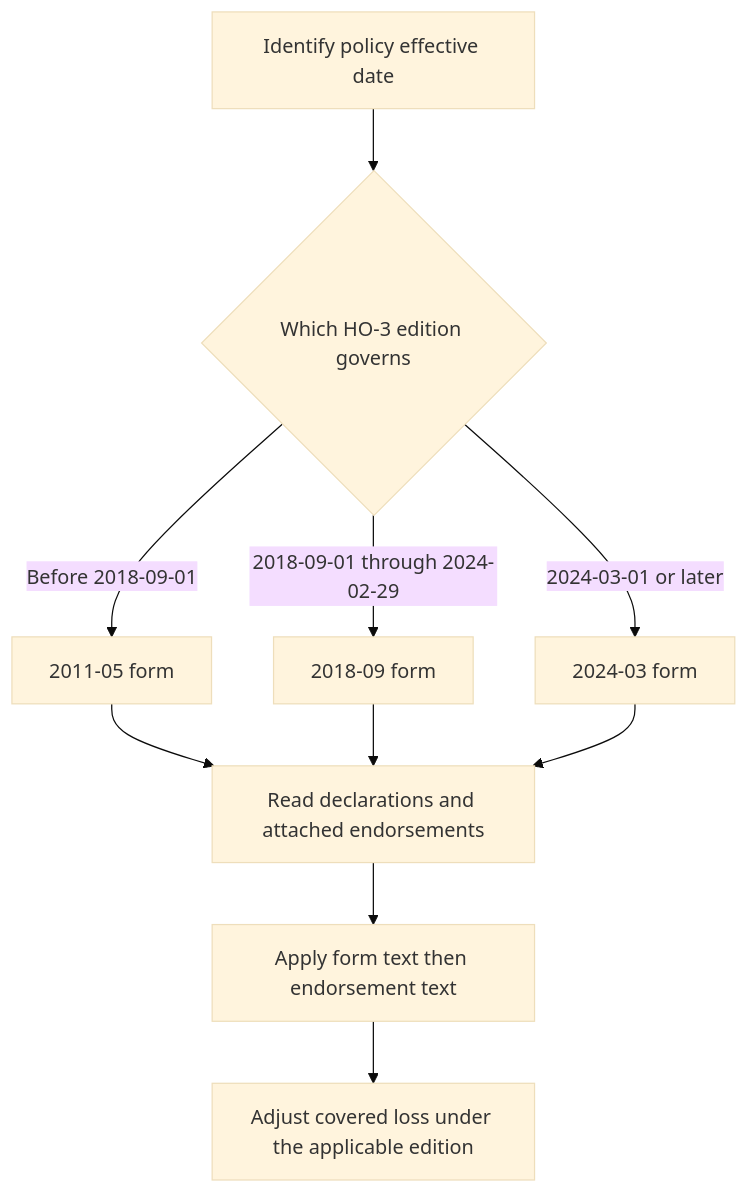
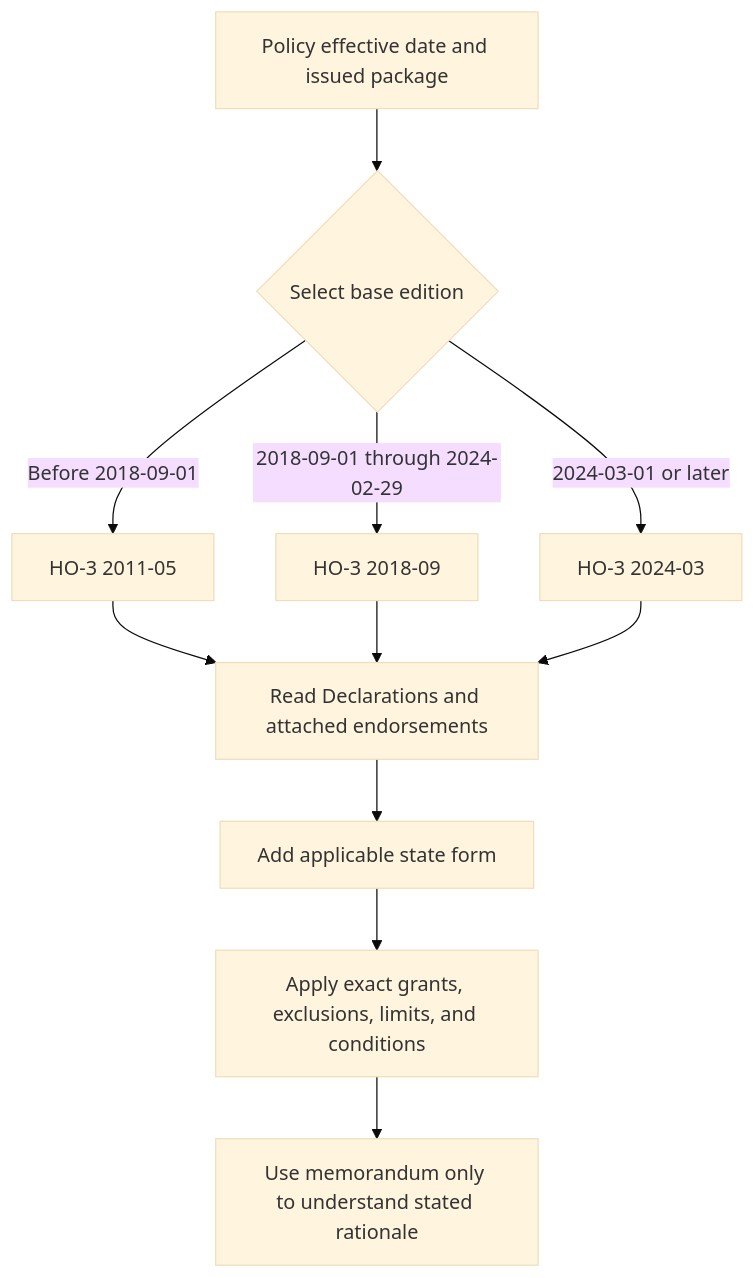
The diagram in openwiki/coverage/forms/ho-3.md (eugeneliu-86/openwiki-insurance-corpus), drawn with Mermaid (base theme) before and after one commit. The commit also changed other lines of this file and 107 other files, not shown here.

````diff
--- a/openwiki/coverage/forms/ho-3.md
+++ b/openwiki/coverage/forms/ho-3.md
@@ -43,12 +51,13 @@
 ```mermaid
 flowchart TD
-    A["Identify policy effective date"] --> B{"Which HO-3 edition governs"}
-    B -->|"Before 2018-09-01"| C["2011-05 form"]
-    B -->|"2018-09-01 through 2024-02-29"| D["2018-09 form"]
-    B -->|"2024-03-01 or later"| E["2024-03 form"]
-    C --> F["Read declarations and attached endorsements"]
+    A["Policy effective date and issued package"] --> B{"Select base edition"}
+    B -->|"Before 2018-09-01"| C["HO-3 2011-05"]
+    B -->|"2018-09-01 through 2024-02-29"| D["HO-3 2018-09"]
+    B -->|"2024-03-01 or later"| E["HO-3 2024-03"]
+    C --> F["Read Declarations and attached endorsements"]
     D --> F
     E --> F
-    F --> G["Apply form text then endorsement text"]
-    G --> H["Adjust covered loss under the applicable edition"]
+    F --> G["Add applicable state form"]
+    G --> H["Apply exact grants, exclusions, limits, and conditions"]
+    H --> I["Use memorandum only to understand stated rationale"]
 ```
````
